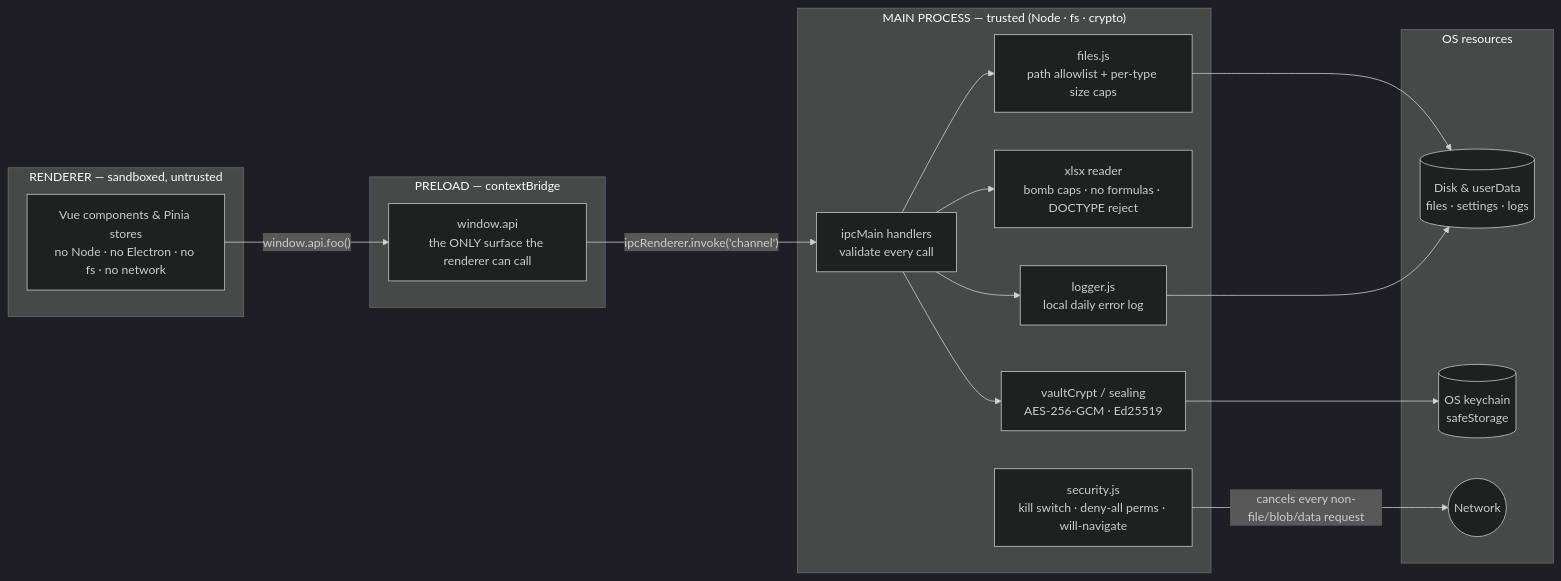
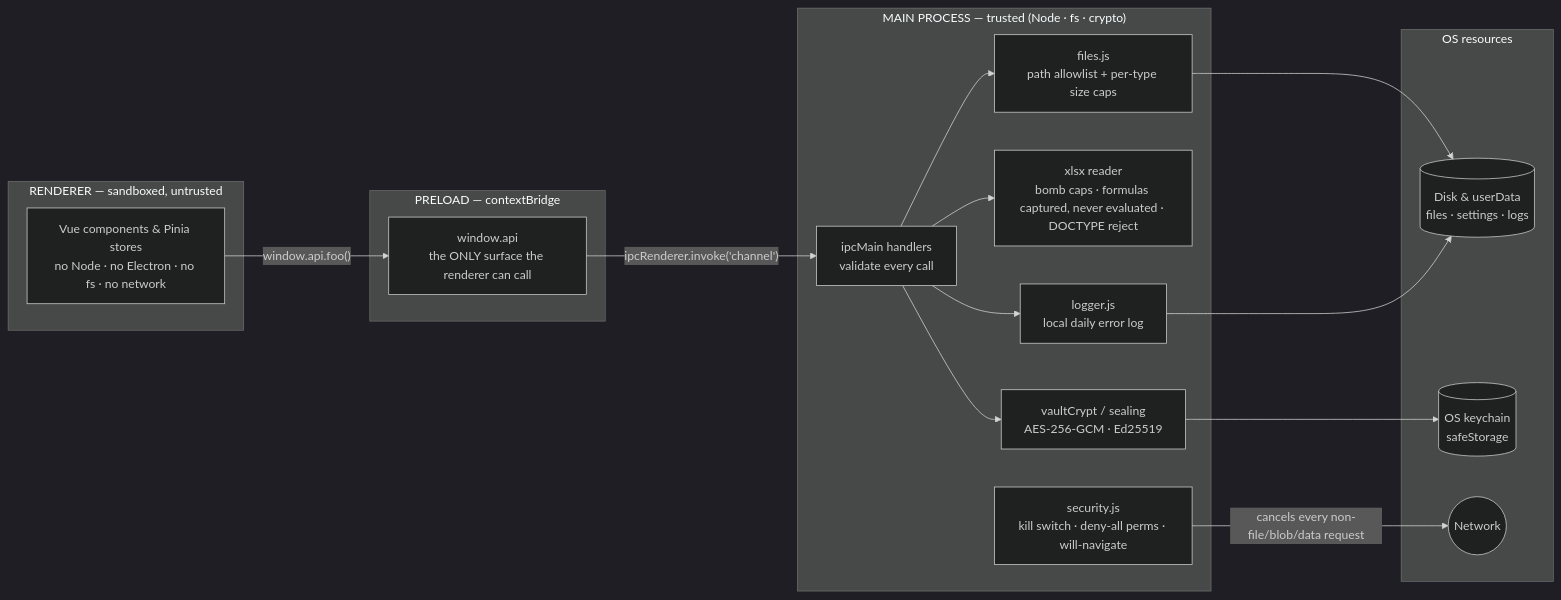
Before and after one commit to mindaugaskasp/diff-bro: the first of 4 diagrams in docs/ipc-security.md, drawn with Mermaid (dark theme). The commit also changed other lines of this file and 73 other files, not shown here.

````diff
--- a/docs/ipc-security.md
+++ b/docs/ipc-security.md
@@ -25,36 +25,36 @@
 ```mermaid
 flowchart LR
   subgraph REND["RENDERER — sandboxed, untrusted"]
     UI["Vue components &amp; Pinia stores<br/>no Node · no Electron · no fs · no network"]
   end
 
   subgraph PRELOAD["PRELOAD — contextBridge"]
     API["window.api<br/>the ONLY surface the renderer can call"]
   end
 
   subgraph MAIN["MAIN PROCESS — trusted (Node · fs · crypto)"]
     IPC["ipcMain handlers<br/>validate every call"]
     FILES["files.js<br/>path allowlist + per-type size caps"]
-    XLSX["xlsx reader<br/>bomb caps · no formulas · DOCTYPE reject"]
+    XLSX["xlsx reader<br/>bomb caps · formulas captured, never evaluated · DOCTYPE reject"]
     VAULT["vaultCrypt / sealing<br/>AES-256-GCM · Ed25519"]
     LOGGER["logger.js<br/>local daily error log"]
     SEC["security.js<br/>kill switch · deny-all perms · will-navigate"]
   end
 
   subgraph OS["OS resources"]
     DISK[("Disk &amp; userData<br/>files · settings · logs")]
     KEY[("OS keychain<br/>safeStorage")]
     NET(("Network"))
   end
 
   UI -->|"window.api.foo()"| API
   API -->|"ipcRenderer.invoke('channel')"| IPC
   IPC --> FILES
   IPC --> XLSX
   IPC --> VAULT
   IPC --> LOGGER
   FILES --> DISK
   LOGGER --> DISK
   VAULT --> KEY
   SEC -->|"cancels every non-file/blob/data request"| NET
 ```
````
